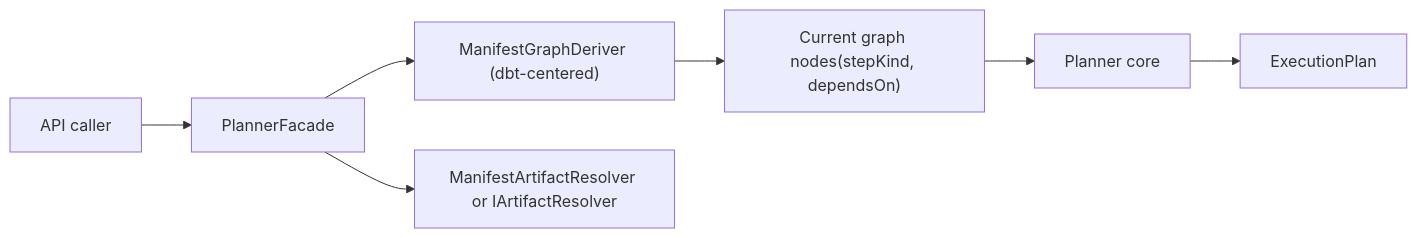
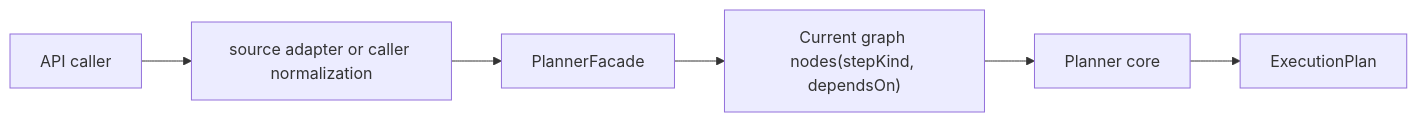
One commit to dunay2/dvt changed the first of 5 diagrams in docs/guides/generic-graph-source-technical-manual-20260404.md. Above: the diagram before and after it, drawn with Mermaid. The commit also changed other lines of this file and 46 other files, not shown here.

Commit message:
refactor(planner): Hard-cut runtime ingress to canonical graphSource

````diff
--- a/docs/guides/generic-graph-source-technical-manual-20260404.md
+++ b/docs/guides/generic-graph-source-technical-manual-20260404.md
@@ -55,9 +54,8 @@
 ```mermaid
 flowchart LR
-  Caller["API caller"] --> Facade["PlannerFacade"]
-  Facade --> Deriver["ManifestGraphDeriver (dbt-centered)"]
-  Facade --> Resolver["ManifestArtifactResolver or IArtifactResolver"]
-  Deriver --> Nodes["Current graph nodes(stepKind, dependsOn)"]
+  Caller["API caller"] --> Adapter["source adapter or caller normalization"]
+  Adapter --> Facade["PlannerFacade"]
+  Facade --> Nodes["Current graph nodes(stepKind, dependsOn)"]
   Nodes --> Planner["Planner core"]
   Planner --> Plan["ExecutionPlan"]
 ```
````
